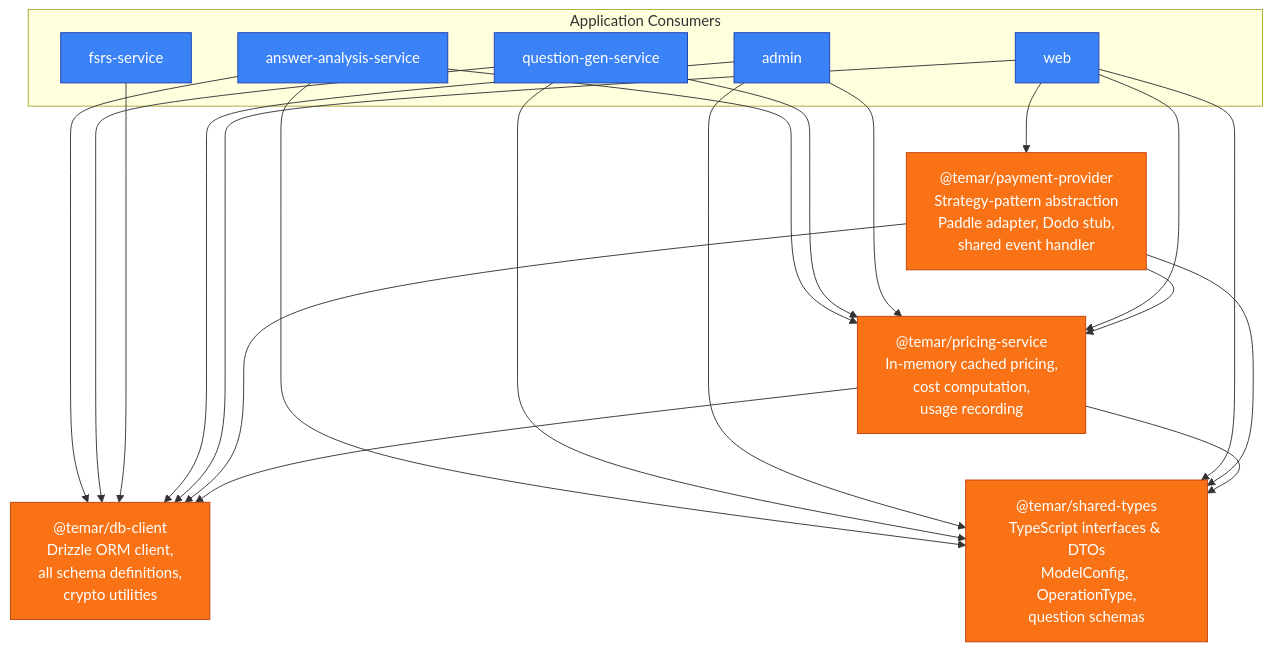
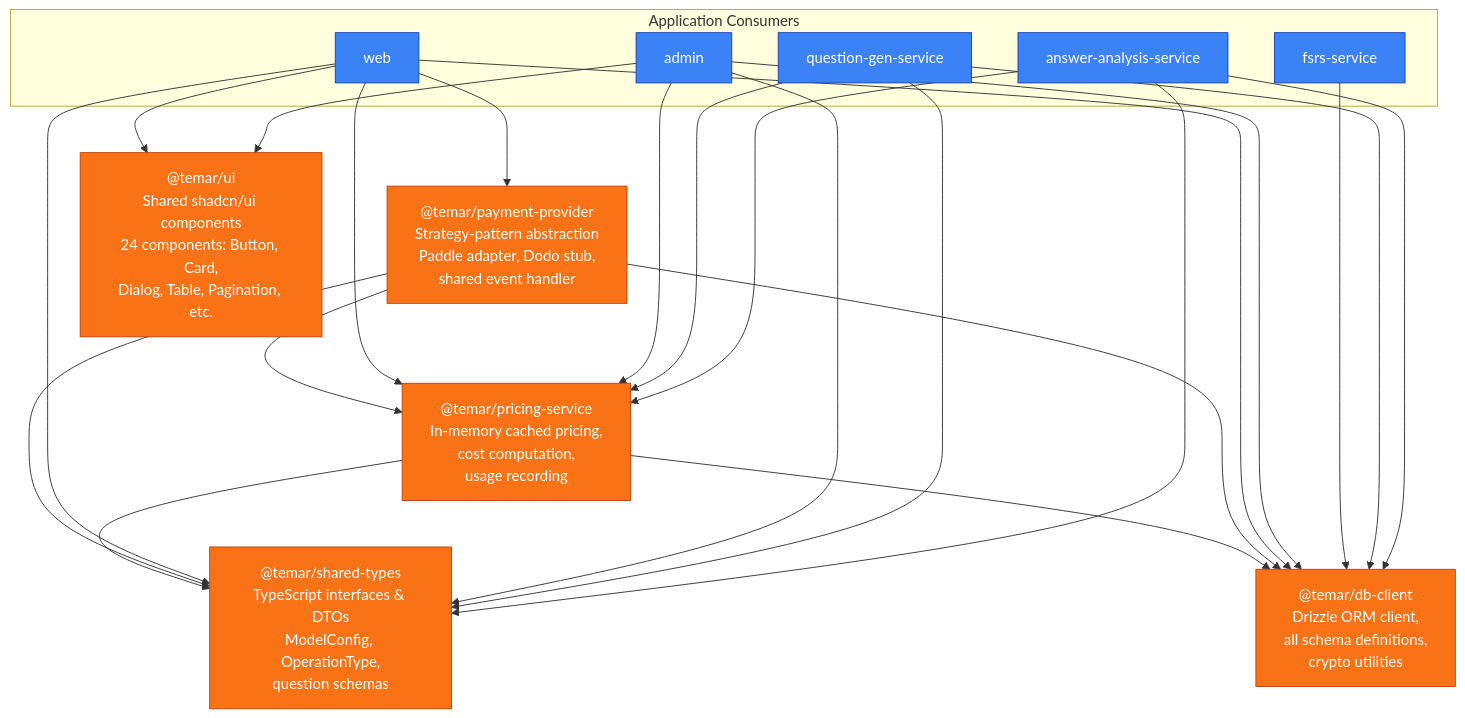
The second of 2 diagrams in docs/architecture/01-system-overview.md (leykun-gizaw/temar), drawn with Mermaid before and after one commit. The commit also changed other lines of this file and 3 other files, not shown here.

First line of the commit message:
docs: 📝 update CLAUDE.md and architecture docs for @temar/ui shared library

````diff
--- a/docs/architecture/01-system-overview.md
+++ b/docs/architecture/01-system-overview.md
@@ -100,50 +100,53 @@
 ```mermaid
 flowchart TD
     %% ── Libraries ────────────────────────────────────────
     SharedTypes["@temar/shared-types\nTypeScript interfaces & DTOs\nModelConfig, OperationType,\nquestion schemas"]
     DbClient["@temar/db-client\nDrizzle ORM client,\nall schema definitions,\ncrypto utilities"]
     PricingSvc["@temar/pricing-service\nIn-memory cached pricing,\ncost computation,\nusage recording"]
     PaymentProv["@temar/payment-provider\nStrategy-pattern abstraction\nPaddle adapter, Dodo stub,\nshared event handler"]
+    UI["@temar/ui\nShared shadcn/ui components\n24 components: Button, Card,\nDialog, Table, Pagination, etc."]
 
     %% ── Library interdependencies ────────────────────────
     PricingSvc --> DbClient
     PricingSvc --> SharedTypes
     PaymentProv --> DbClient
     PaymentProv --> SharedTypes
     PaymentProv --> PricingSvc
 
     %% ── Application consumers ────────────────────────────
     subgraph Consumers ["Application Consumers"]
         Web["web"]
         AdminApp["admin"]
         FSRS["fsrs-service"]
         QGen["question-gen-service"]
         AAna["answer-analysis-service"]
     end
 
     Web --> DbClient
     Web --> SharedTypes
     Web --> PricingSvc
     Web --> PaymentProv
+    Web --> UI
 
     AdminApp --> DbClient
     AdminApp --> SharedTypes
     AdminApp --> PricingSvc
+    AdminApp --> UI
 
     FSRS --> DbClient
 
     QGen --> DbClient
     QGen --> SharedTypes
     QGen --> PricingSvc
 
     AAna --> DbClient
     AAna --> SharedTypes
     AAna --> PricingSvc
 
     %% ── Styling ──────────────────────────────────────────
     classDef lib fill:#f97316,stroke:#c2410c,color:#fff
     classDef app fill:#3b82f6,stroke:#1e40af,color:#fff
 
-    class SharedTypes,DbClient,PricingSvc,PaymentProv lib
+    class SharedTypes,DbClient,PricingSvc,PaymentProv,UI lib
     class Web,AdminApp,FSRS,QGen,AAna app
 ```
````
